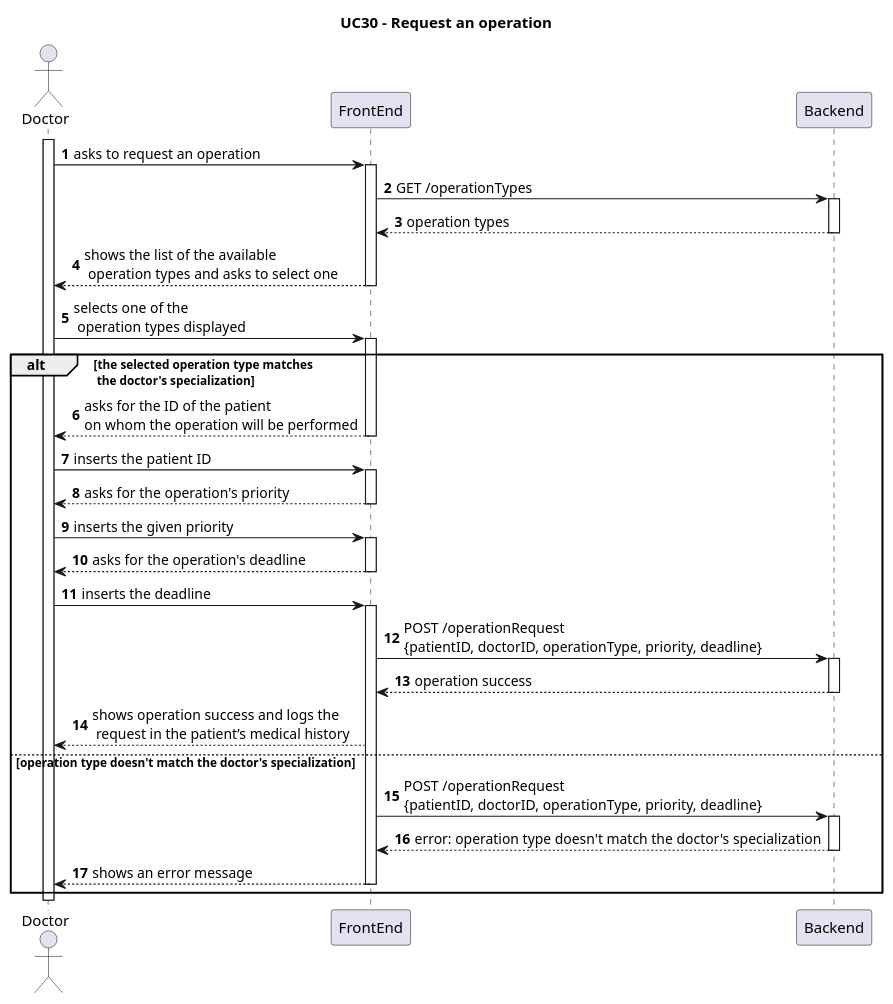
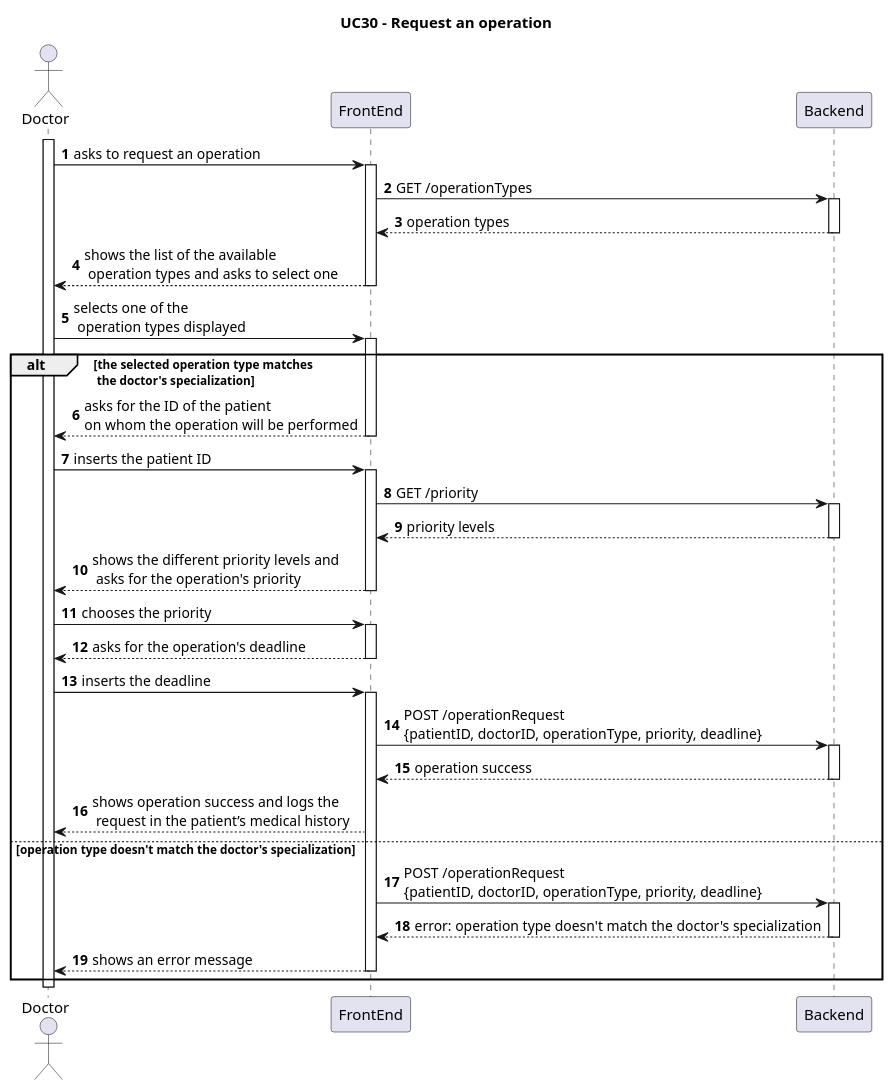
One commit to MiguelCardoso77/SurgicalSync-BackEnd changed the diagram in Wiki/SprintA/diagrams/use-cases/30-request-an-operation/level2/process-view.puml. Above: the diagram before and after it, drawn with PlantUML. The commit also changed 3 other files, not shown here.

Commit message:
Fixing the level1 and level2 diagrams #16

```diff
--- a/Wiki/SprintA/diagrams/use-cases/30-request-an-operation/level2/process-view.puml
+++ b/Wiki/SprintA/diagrams/use-cases/30-request-an-operation/level2/process-view.puml
@@ -1,87 +1,95 @@
 @startuml
 autonumber
 
 Title "UC30 - Request an operation"
 
 actor "Doctor" as D
 
 participant "FrontEnd" as FE
 participant "Backend" as BE
 
 activate D
 
 D -> FE: asks to request an operation
 
     activate FE
     
     FE -> BE: GET /operationTypes
     
     activate BE
     
     BE --> FE: operation types
     
     deactivate BE
     
     FE --> D: shows the list of the available \n operation types and asks to select one
     
     deactivate FE
     
 D -> FE: selects one of the \n operation types displayed
 
 alt the selected operation type matches \n the doctor's specialization
     
     activate FE 
     
     FE --> D: asks for the ID of the patient \non whom the operation will be performed
     
     deactivate FE  
 
     D -> FE: inserts the patient ID
 
     activate FE
     
-    FE --> D: asks for the operation's priority
+    FE -> BE : GET /priority
+    
+    activate BE
+    
+    BE --> FE : priority levels
+    
+    deactivate BE
+    
+    FE --> D: shows the different priority levels and \n asks for the operation's priority
     
     deactivate FE
     
-    D -> FE: inserts the given priority
+    D -> FE: chooses the priority
     
     activate FE
     
     FE --> D: asks for the operation's deadline
     
     deactivate FE
     
     D -> FE: inserts the deadline
     
     activate FE
     
     FE -> BE: POST /operationRequest \n{patientID, doctorID, operationType, priority, deadline}
     
     activate BE
     
     BE --> FE : operation success
     
     deactivate BE
     
     FE --> D: shows operation success and logs the \n request in the patient’s medical history
     
     else operation type doesn't match the doctor's specialization
     
         FE -> BE: POST /operationRequest \n{patientID, doctorID, operationType, priority, deadline}
         
         activate BE 
         
         BE --> FE: error: operation type doesn't match the doctor's specialization
         
         deactivate BE
         
         FE --> D: shows an error message
         
         deactivate FE
 
     end
 
 deactivate D
 
 @enduml
```
